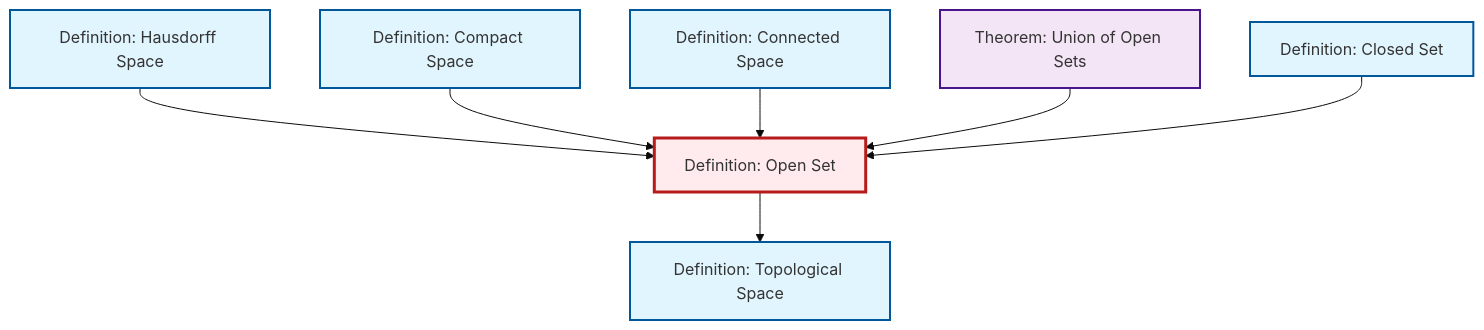
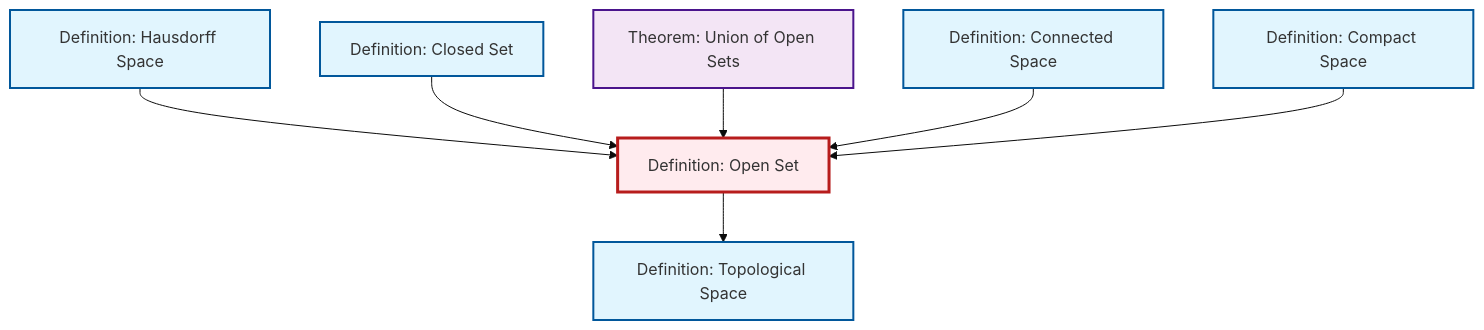
One commit to RK0429/ModernMath changed the diagram in content/en/topology/def-open-set.qmd. Above: the diagram before and after it, drawn with Mermaid (base theme). The commit also changed other lines of this file and 530 other files, not shown here.

````diff
--- a/content/en/topology/def-open-set.qmd
+++ b/content/en/topology/def-open-set.qmd
@@ -53,29 +53,29 @@
 ```{mermaid}
 %%| fig-cap: "Local dependency graph"
 graph TD
     classDef definition fill:#e1f5fe,stroke:#01579b,stroke-width:2px
     classDef theorem fill:#f3e5f5,stroke:#4a148c,stroke-width:2px
     classDef axiom fill:#fff3e0,stroke:#e65100,stroke-width:2px
     classDef example fill:#e8f5e9,stroke:#1b5e20,stroke-width:2px
     classDef current fill:#ffebee,stroke:#b71c1c,stroke-width:3px
+    def-hausdorff["Definition: Hausdorff Space"]:::definition
+    def-compact["Definition: Compact Space"]:::definition
+    def-topological-space["Definition: Topological Space"]:::definition
     def-open-set["Definition: Open Set"]:::definition
-    def-compact["Definition: Compact Space"]:::definition
     thm-union-open-sets["Theorem: Union of Open Sets"]:::theorem
-    def-hausdorff["Definition: Hausdorff Space"]:::definition
     def-closed-set["Definition: Closed Set"]:::definition
     def-connected["Definition: Connected Space"]:::definition
-    def-topological-space["Definition: Topological Space"]:::definition
     def-hausdorff --> def-open-set
+    def-open-set --> def-topological-space
+    def-closed-set --> def-open-set
+    thm-union-open-sets --> def-open-set
+    def-connected --> def-open-set
     def-compact --> def-open-set
-    def-connected --> def-open-set
-    thm-union-open-sets --> def-open-set
-    def-closed-set --> def-open-set
-    def-open-set --> def-topological-space
     class def-open-set current
+    click def-hausdorff "def-hausdorff.html" "Go to Hausdorff Space definition"
     click def-compact "def-compact.html" "Go to Compact Space definition"
+    click def-topological-space "def-topological-space.html" "Go to Topological Space definition"
     click thm-union-open-sets "thm-union-open-sets.html" "Go to Union of Open Sets theorem"
-    click def-hausdorff "def-hausdorff.html" "Go to Hausdorff Space definition"
     click def-closed-set "def-closed-set.html" "Go to Closed Set definition"
     click def-connected "def-connected.html" "Go to Connected Space definition"
-    click def-topological-space "def-topological-space.html" "Go to Topological Space definition"
 ```
````
